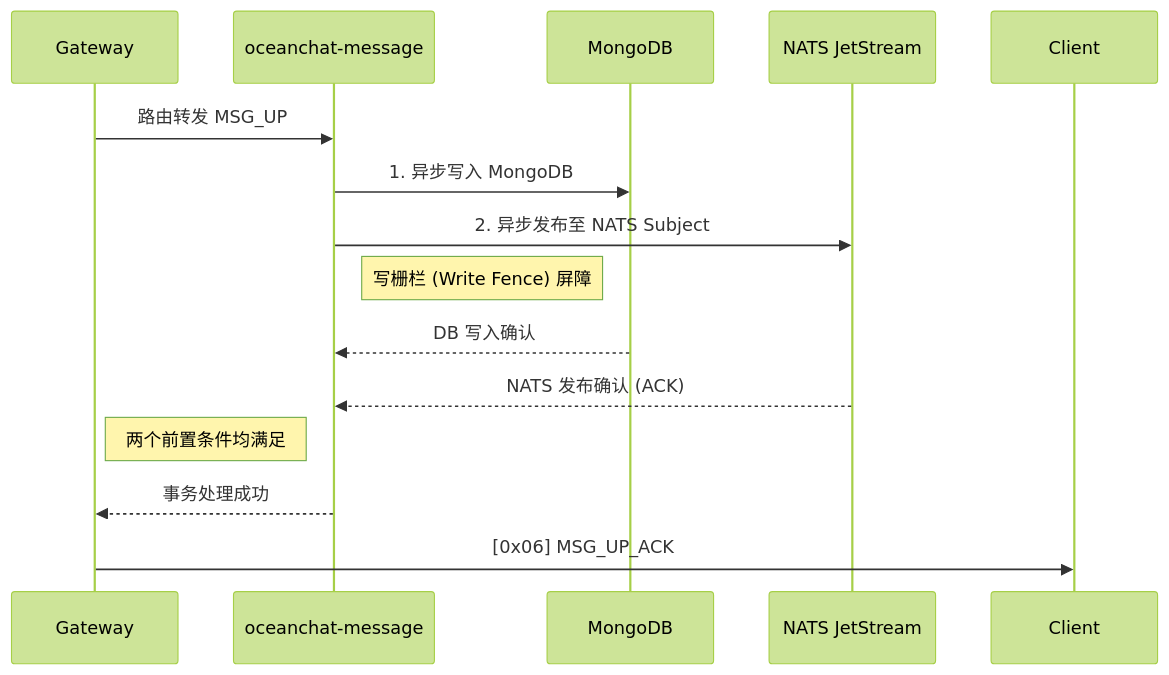
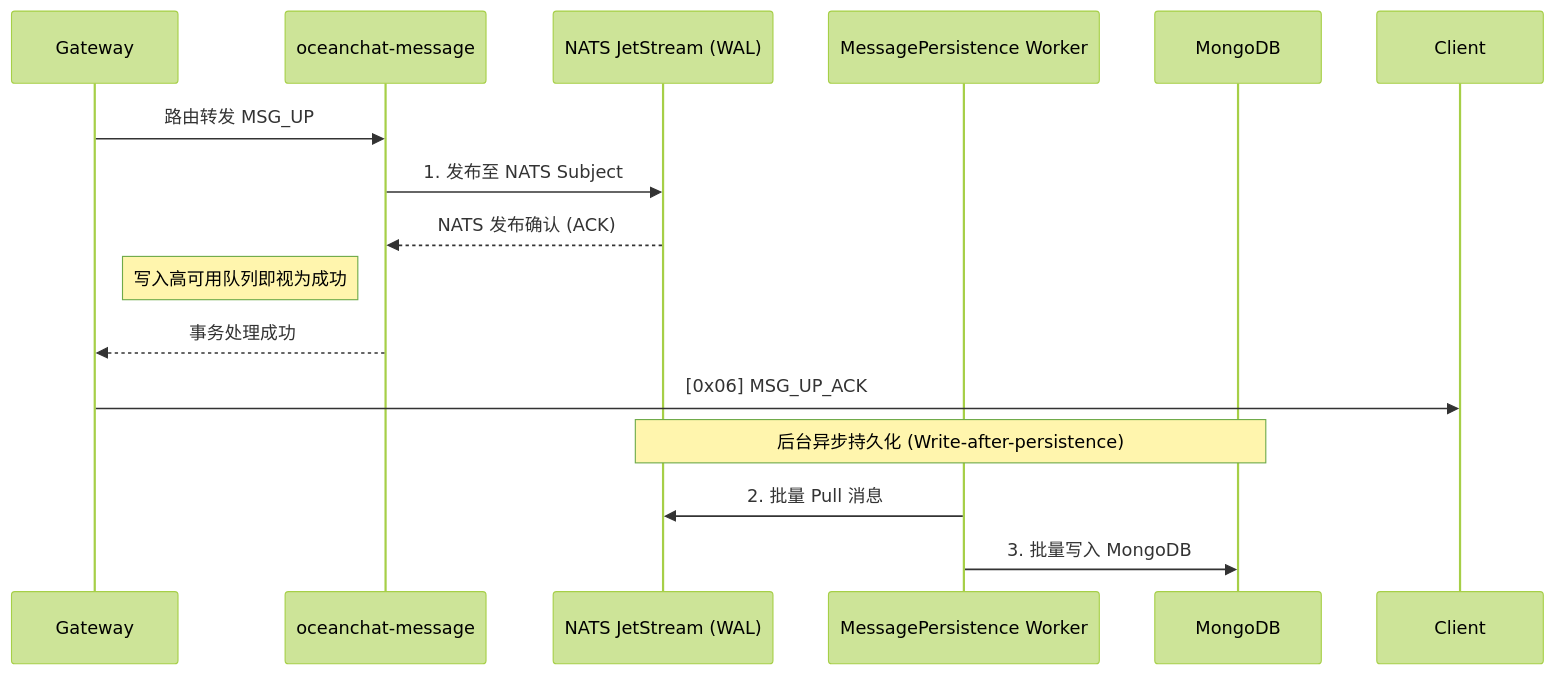
Before and after one commit to JamesWilson19970101/ocean.chat.docs: the fourth of 5 diagrams in i18n/zh-CN/docusaurus-plugin-content-docs/current/devdocs/monkey-protocol-spec.md, drawn with Mermaid (forest theme). The commit also changed other lines of this file and 16 other files, not shown here.

First line of the commit message:
docs: Refine message delivery, NATS JetStream, and reliability architecture

````diff
--- a/i18n/zh-CN/docusaurus-plugin-content-docs/current/devdocs/monkey-protocol-spec.md
+++ b/i18n/zh-CN/docusaurus-plugin-content-docs/current/devdocs/monkey-protocol-spec.md
@@ -203,19 +205,21 @@
 ```mermaid
 sequenceDiagram
     participant Gateway
     participant Message as oceanchat-message
+    participant NATS as NATS JetStream (WAL)
+    participant Worker as MessagePersistence Worker
     participant DB as MongoDB
-    participant NATS as NATS JetStream
 
     Gateway->>Message: 路由转发 MSG_UP
-    Message->>DB: 1. 异步写入 MongoDB
-    Message->>NATS: 2. 异步发布至 NATS Subject
+    Message->>NATS: 1. 发布至 NATS Subject
 
-    note right of Message: 写栅栏 (Write Fence) 屏障
-    DB-->>Message: DB 写入确认
     NATS-->>Message: NATS 发布确认 (ACK)
 
-    note left of Message: 两个前置条件均满足
+    note left of Message: 写入高可用队列即视为成功
     Message-->>Gateway: 事务处理成功
     Gateway->>Client: [0x06] MSG_UP_ACK
+
+    note over NATS, DB: 后台异步持久化 (Write-after-persistence)
+    Worker->>NATS: 2. 批量 Pull 消息
+    Worker->>DB: 3. 批量写入 MongoDB
 ```
````
